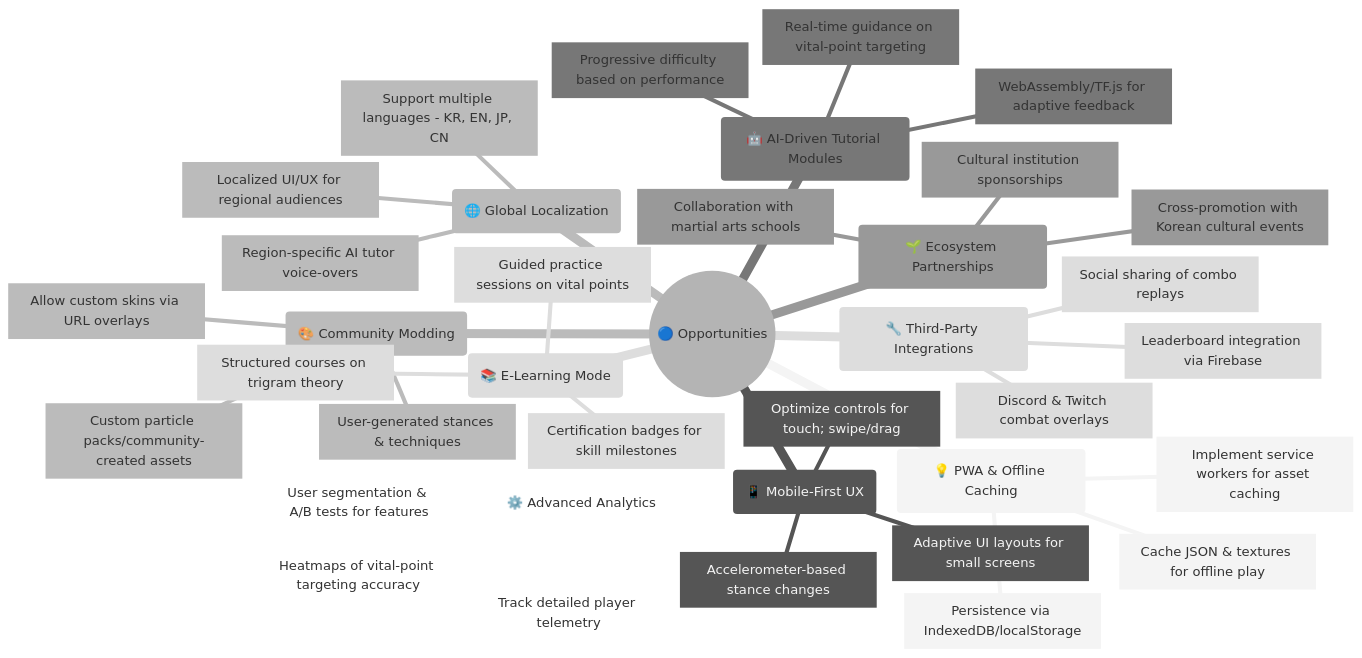
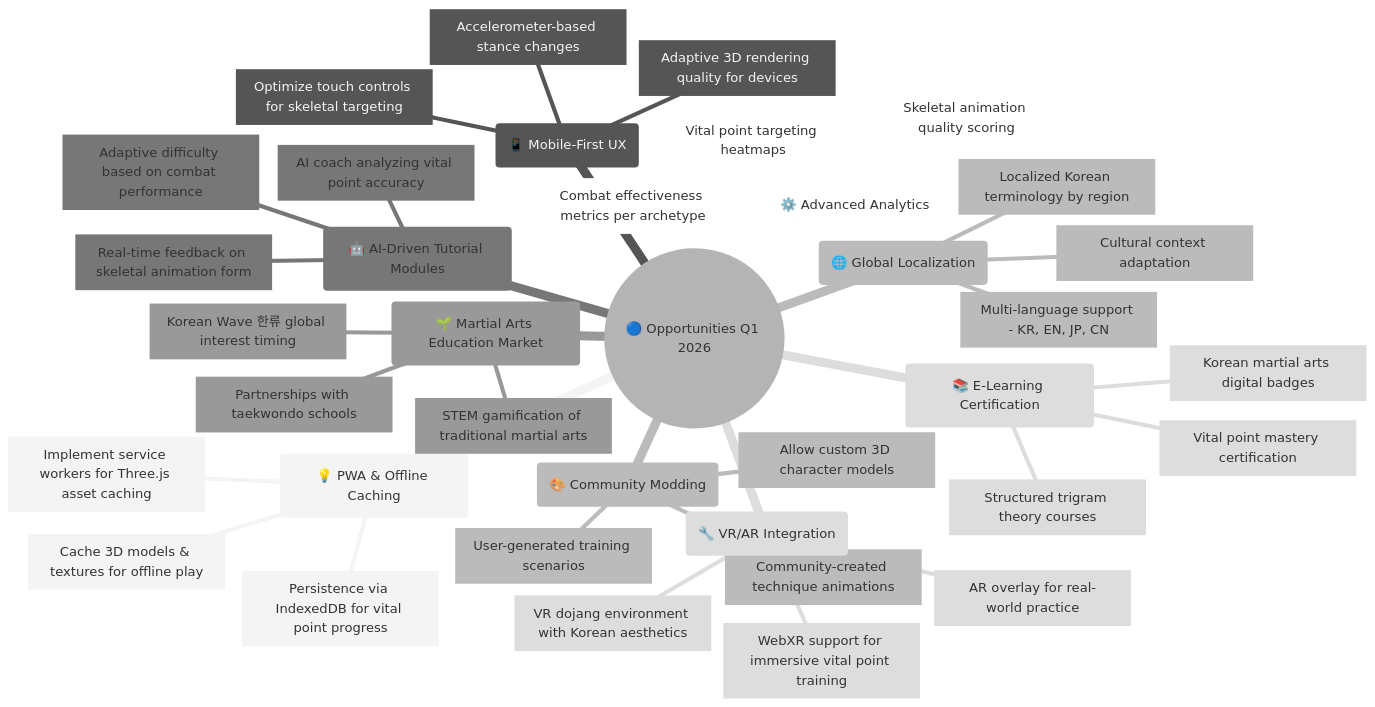
Before and after one commit to Hack23/blacktrigram: diagram 11 of 22 in docs/api/media/ARCHITECTURE.md, drawn with Mermaid (neutral theme). The commit also changed other lines of this file and 1530 other files, not shown here.

````diff
--- a/docs/api/media/ARCHITECTURE.md
+++ b/docs/api/media/ARCHITECTURE.md
@@ -1156,40 +1392,40 @@
 ```mermaid
 mindmap
-  root((🔵 Opportunities))
+  root((🔵 Opportunities Q1 2026))
     id1(💡 PWA & Offline Caching)
-      id1.1[Implement service workers for asset caching]
-      id1.2[Cache JSON & textures for offline play]
-      id1.3[Persistence via IndexedDB/localStorage]
+      id1.1[Implement service workers for Three.js asset caching]
+      id1.2[Cache 3D models & textures for offline play]
+      id1.3[Persistence via IndexedDB for vital point progress]
     id2(📱 Mobile-First UX)
-      id2.1[Optimize controls for touch; swipe/drag]
-      id2.2[Adaptive UI layouts for small screens]
+      id2.1[Optimize touch controls for skeletal targeting]
+      id2.2[Adaptive 3D rendering quality for devices]
       id2.3[Accelerometer-based stance changes]
     id3(🎨 Community Modding)
-      id3.1[Allow custom skins via URL overlays]
-      id3.2[Custom particle packs/community-created assets]
-      id3.3[User-generated stances & techniques]
+      id3.1[Allow custom 3D character models]
+      id3.2[Community-created technique animations]
+      id3.3[User-generated training scenarios]
     id4(🤖 AI-Driven Tutorial Modules)
-      id4.1[WebAssembly/TF.js for adaptive feedback]
-      id4.2[Real-time guidance on vital-point targeting]
-      id4.3[Progressive difficulty based on performance]
-    id5(🌱 Ecosystem Partnerships)
-      id5.1[Collaboration with martial arts schools]
-      id5.2[Cultural institution sponsorships]
-      id5.3[Cross-promotion with Korean cultural events]
-    id6(🔧 Third-Party Integrations)
-      id6.1[Discord & Twitch combat overlays]
-      id6.2[Leaderboard integration via Firebase]
-      id6.3[Social sharing of combo replays]
+      id4.1[AI coach analyzing vital point accuracy]
+      id4.2[Real-time feedback on skeletal animation form]
+      id4.3[Adaptive difficulty based on combat performance]
+    id5(🌱 Martial Arts Education Market)
+      id5.1[STEM gamification of traditional martial arts]
+      id5.2[Korean Wave 한류 global interest timing]
+      id5.3[Partnerships with taekwondo schools]
+    id6(🔧 VR/AR Integration)
+      id6.1[WebXR support for immersive vital point training]
+      id6.2[AR overlay for real-world practice]
+      id6.3[VR dojang environment with Korean aesthetics]
     id7(⚙️ Advanced Analytics)
-      id7.1[Track detailed player telemetry]
-      id7.2[Heatmaps of vital-point targeting accuracy]
-      id7.3[User segmentation & A/B tests for features]
-    id8(📚 E-Learning Mode)
-      id8.1[Structured courses on trigram theory]
-      id8.2[Guided practice sessions on vital points]
-      id8.3[Certification badges for skill milestones]
+      id7.1[Vital point targeting heatmaps]
+      id7.2[Combat effectiveness metrics per archetype]
+      id7.3[Skeletal animation quality scoring]
+    id8(📚 E-Learning Certification)
+      id8.1[Structured trigram theory courses]
+      id8.2[Vital point mastery certification]
+      id8.3[Korean martial arts digital badges]
     id9(🌐 Global Localization)
-      id9.1[Support multiple languages - KR, EN, JP, CN]
-      id9.2[Localized UI/UX for regional audiences]
-      id9.3[Region-specific AI tutor voice-overs]
+      id9.1[Multi-language support - KR, EN, JP, CN]
+      id9.2[Localized Korean terminology by region]
+      id9.3[Cultural context adaptation]
 ```
````
